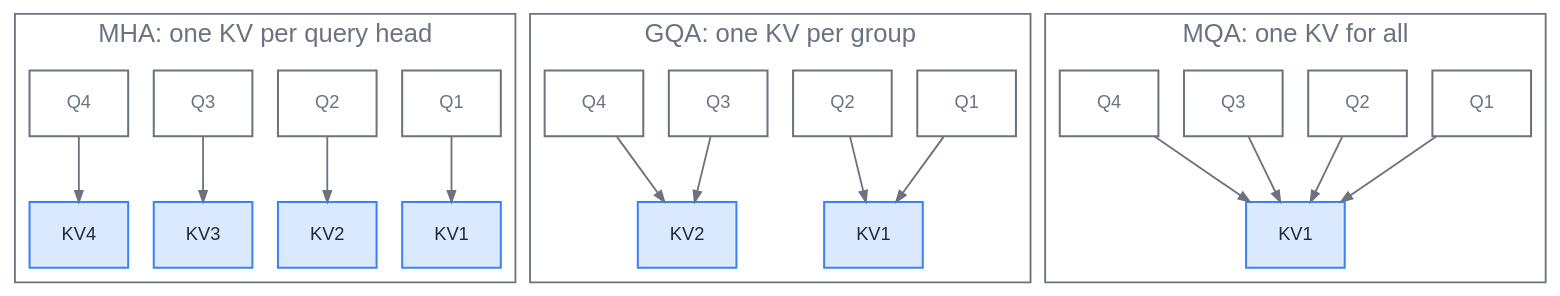
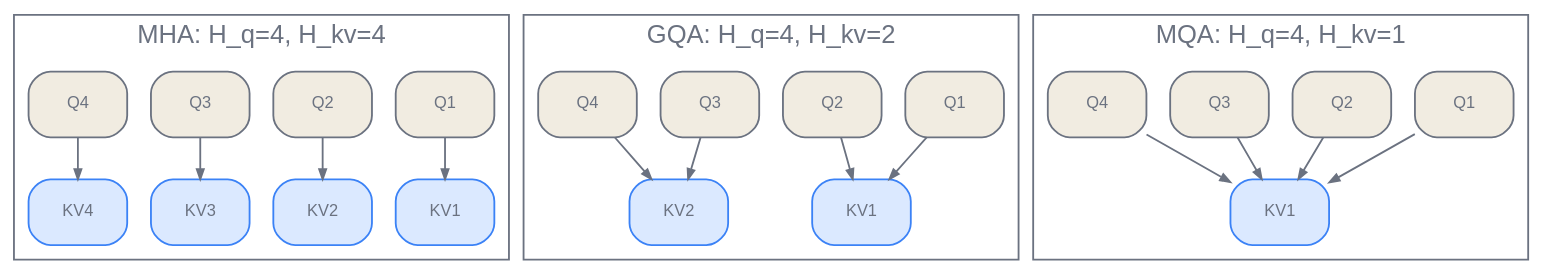
Before and after one commit to latere-ai/ai-as-an-infrastructure: the second of 2 diagrams in en/foundations/04-transformer-architecture.qmd, drawn with Graphviz. The commit also changed other lines of this file and 9 other files, not shown here.

Commit message:
book: rewrite transformer architecture chapter for clarity

````diff
--- a/en/foundations/04-transformer-architecture.qmd
+++ b/en/foundations/04-transformer-architecture.qmd
@@ -138,39 +404,36 @@
 ```{dot}
 //| label: fig-kv-sharing
-//| fig-cap: "How MHA, GQA, and MQA wire query heads to cached key/value heads. Only the KV heads sit in the cache, so collapsing many query heads onto one KV head is what shrinks it."
+//| fig-cap: "Four query heads under MHA, two-group GQA, and MQA. Cached payload is proportional to the number of distinct blue KV boxes, not to the number of query heads that read each box."
 digraph kv {
   bgcolor="transparent";
-  node [shape=box, fontname="Helvetica", fontsize=10, color="#6b7280", fontcolor="#6b7280", penwidth=1.1];
-  edge [color="#6b7280", fontcolor="#6b7280", arrowsize=0.6];
   rankdir=TB;
-  nodesep=0.2;
+  nodesep=0.18; ranksep=0.32;
+  node [shape=box, style="rounded,filled", fontname="Helvetica", fontsize=9, color="#6b7280", fontcolor="#6b7280", fillcolor="#f1ece1", penwidth=1.0];
+  edge [color="#6b7280", arrowsize=0.55];
 
   subgraph cluster_mha {
-    label="MHA: one KV per query head";
-    fontname="Helvetica"; fontcolor="#6b7280"; color="#6b7280";
-    q1 [label="Q1"]; q2 [label="Q2"]; q3 [label="Q3"]; q4 [label="Q4"];
-    k1 [label="KV1", style=filled, fillcolor="#dbe9ff", color="#3b82f6", fontcolor="#1f2937"];
-    k2 [label="KV2", style=filled, fillcolor="#dbe9ff", color="#3b82f6", fontcolor="#1f2937"];
-    k3 [label="KV3", style=filled, fillcolor="#dbe9ff", color="#3b82f6", fontcolor="#1f2937"];
-    k4 [label="KV4", style=filled, fillcolor="#dbe9ff", color="#3b82f6", fontcolor="#1f2937"];
-    q1 -> k1; q2 -> k2; q3 -> k3; q4 -> k4;
+    label="MHA: H_q=4, H_kv=4"; fontname="Helvetica"; fontcolor="#6b7280"; color="#6b7280";
+    mq1 [label="Q1"]; mq2 [label="Q2"]; mq3 [label="Q3"]; mq4 [label="Q4"];
+    mk1 [label="KV1", fillcolor="#dbe9ff", color="#3b82f6"];
+    mk2 [label="KV2", fillcolor="#dbe9ff", color="#3b82f6"];
+    mk3 [label="KV3", fillcolor="#dbe9ff", color="#3b82f6"];
+    mk4 [label="KV4", fillcolor="#dbe9ff", color="#3b82f6"];
+    mq1 -> mk1; mq2 -> mk2; mq3 -> mk3; mq4 -> mk4;
   }
 
   subgraph cluster_gqa {
-    label="GQA: one KV per group";
-    fontname="Helvetica"; fontcolor="#6b7280"; color="#6b7280";
-    g1 [label="Q1"]; g2 [label="Q2"]; g3 [label="Q3"]; g4 [label="Q4"];
-    gk1 [label="KV1", style=filled, fillcolor="#dbe9ff", color="#3b82f6", fontcolor="#1f2937"];
-    gk2 [label="KV2", style=filled, fillcolor="#dbe9ff", color="#3b82f6", fontcolor="#1f2937"];
-    g1 -> gk1; g2 -> gk1; g3 -> gk2; g4 -> gk2;
+    label="GQA: H_q=4, H_kv=2"; fontname="Helvetica"; fontcolor="#6b7280"; color="#6b7280";
+    gq1 [label="Q1"]; gq2 [label="Q2"]; gq3 [label="Q3"]; gq4 [label="Q4"];
+    gk1 [label="KV1", fillcolor="#dbe9ff", color="#3b82f6"];
+    gk2 [label="KV2", fillcolor="#dbe9ff", color="#3b82f6"];
+    gq1 -> gk1; gq2 -> gk1; gq3 -> gk2; gq4 -> gk2;
   }
 
   subgraph cluster_mqa {
-    label="MQA: one KV for all";
-    fontname="Helvetica"; fontcolor="#6b7280"; color="#6b7280";
-    m1 [label="Q1"]; m2 [label="Q2"]; m3 [label="Q3"]; m4 [label="Q4"];
-    mk [label="KV1", style=filled, fillcolor="#dbe9ff", color="#3b82f6", fontcolor="#1f2937"];
-    m1 -> mk; m2 -> mk; m3 -> mk; m4 -> mk;
+    label="MQA: H_q=4, H_kv=1"; fontname="Helvetica"; fontcolor="#6b7280"; color="#6b7280";
+    qq1 [label="Q1"]; qq2 [label="Q2"]; qq3 [label="Q3"]; qq4 [label="Q4"];
+    kk1 [label="KV1", fillcolor="#dbe9ff", color="#3b82f6"];
+    qq1 -> kk1; qq2 -> kk1; qq3 -> kk1; qq4 -> kk1;
   }
 }
 ```
````
